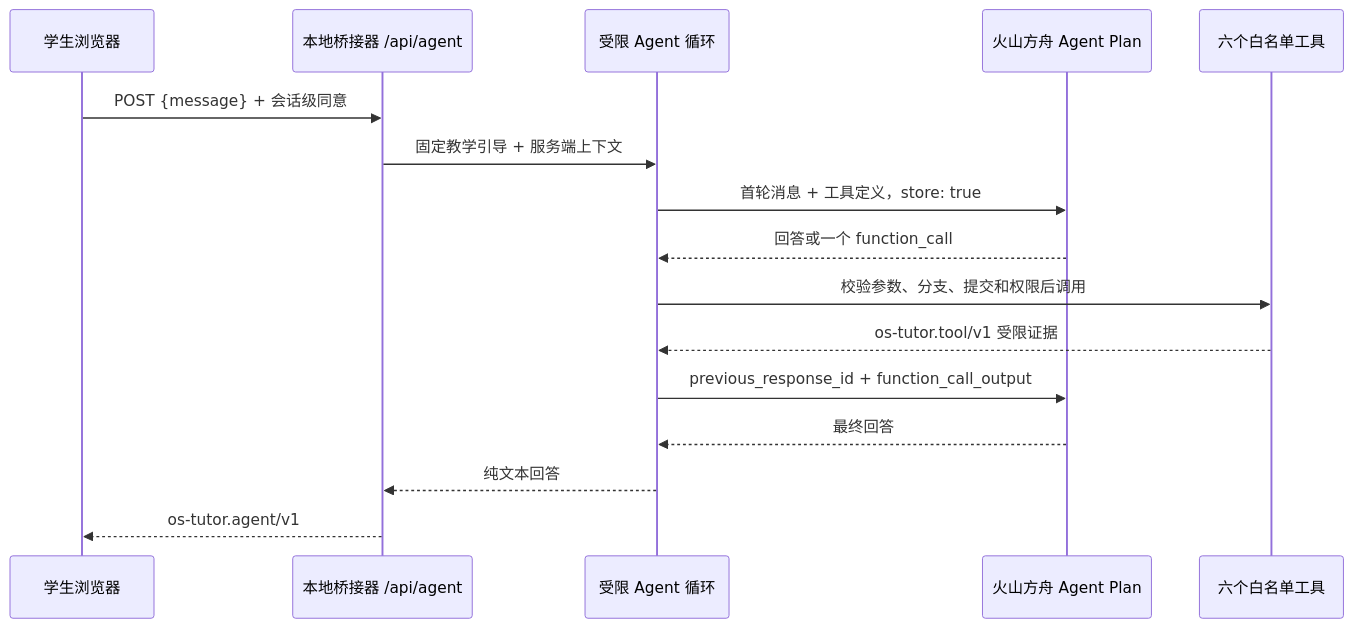
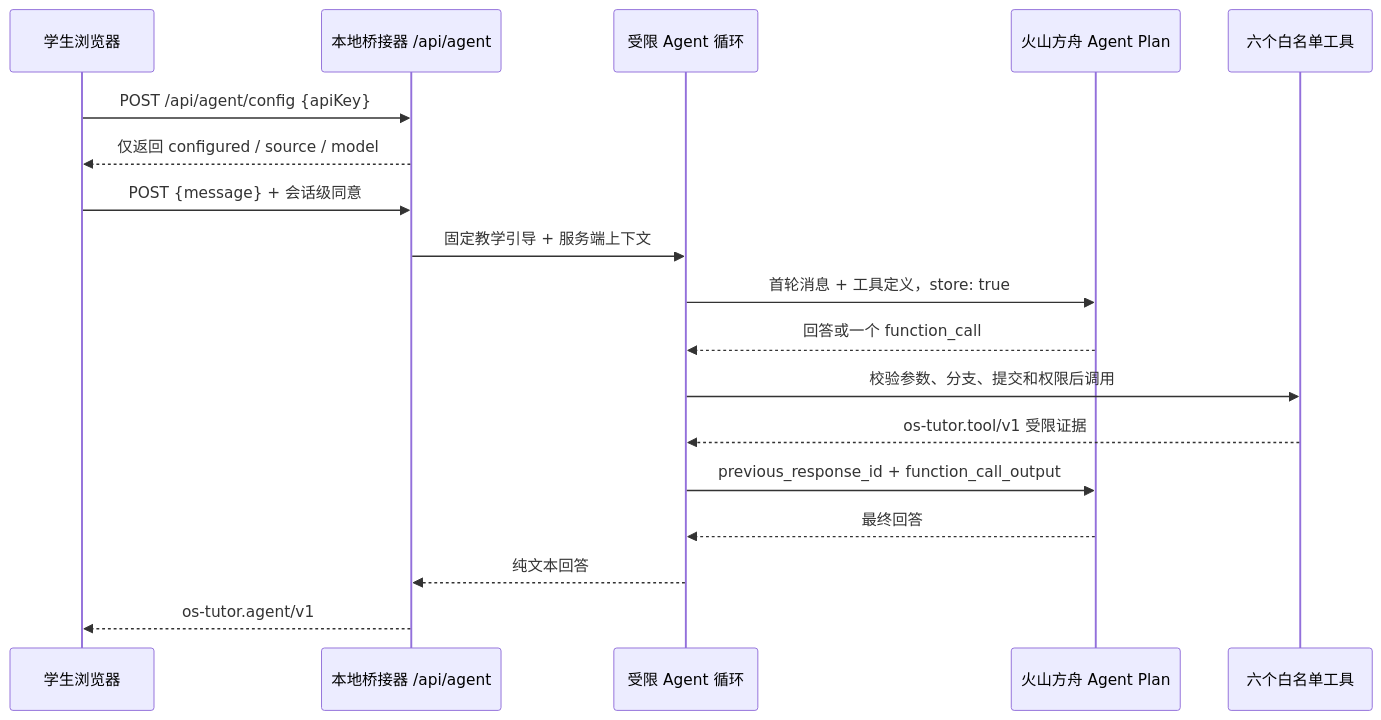
The diagram in docs/teaching-agent.md (yicanzhang776-tech/os), drawn with Mermaid before and after one commit. The commit also changed other lines of this file and 21 other files, not shown here.

Commit message:
feat: add session key setup and harden tutor agent

````diff
--- a/docs/teaching-agent.md
+++ b/docs/teaching-agent.md
@@ -13,18 +13,20 @@
 ```mermaid
 sequenceDiagram
     participant S as 学生浏览器
     participant B as 本地桥接器 /api/agent
     participant L as 受限 Agent 循环
     participant A as 火山方舟 Agent Plan
     participant T as 六个白名单工具
+    S->>B: POST /api/agent/config {apiKey}
+    B-->>S: 仅返回 configured / source / model
     S->>B: POST {message} + 会话级同意
     B->>L: 固定教学引导 + 服务端上下文
     L->>A: 首轮消息 + 工具定义，store: true
     A-->>L: 回答或一个 function_call
     L->>T: 校验参数、分支、提交和权限后调用
     T-->>L: os-tutor.tool/v1 受限证据
     L->>A: previous_response_id + function_call_output
     A-->>L: 最终回答
     L-->>B: 纯文本回答
     B-->>S: os-tutor.agent/v1
 ```
````
